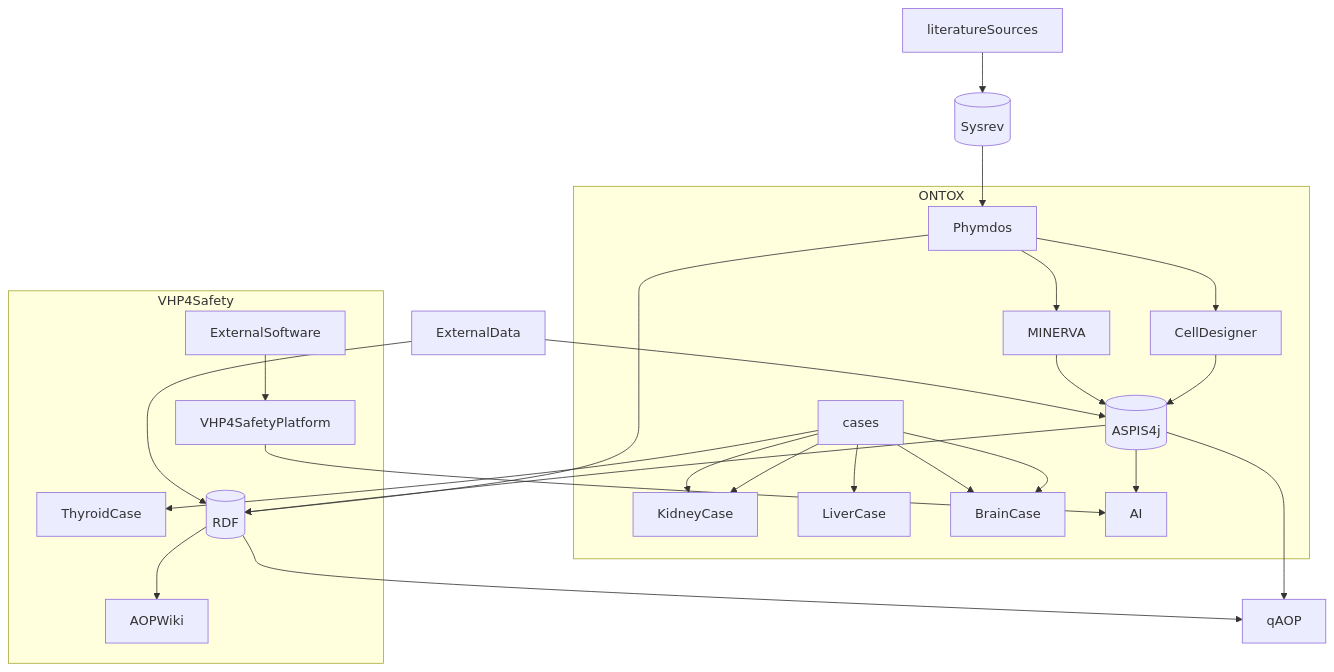
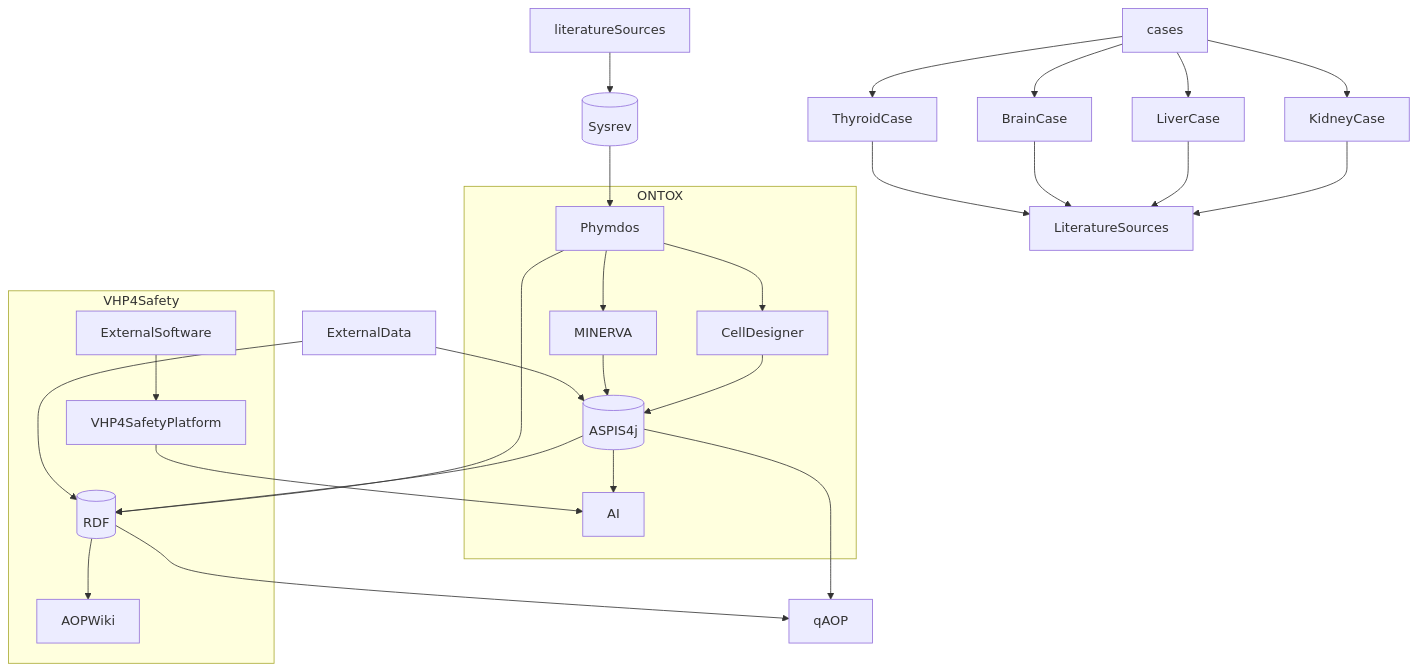
The diagram in ONTOX-vs-VHP4Safety.md (ontox-hu/workflows), drawn with Mermaid before and after one commit.

````diff
--- a/ONTOX-vs-VHP4Safety.md
+++ b/ONTOX-vs-VHP4Safety.md
@@ -1,40 +1,42 @@
 ```mermaid
 flowchart TB
 
-    
+    cases-->KidneyCase
+    cases-->LiverCase
+    cases-->BrainCase
+    cases-->ThyroidCase
+     
+    KidneyCase-->LiteratureSources
+    LiverCase-->LiteratureSources
+    BrainCase-->LiteratureSources
+    ThyroidCase-->LiteratureSources
     literatureSources-->Sysrev[(Sysrev)]
     Sysrev[(Sysrev)]-->Phymdos
     
     subgraph ONTOX
-    cases-->KidneyCase
-    cases-->LiverCase
-    cases-->BrainCase
     Phymdos-->MINERVA
     Phymdos-->CellDesigner
     
     CellDesigner-->ASPIS4j[(ASPIS4j)]
     MINERVA-->ASPIS4j[(ASPIS4j)]
     ASPIS4j[(ASPIS4j)]-->AI
     
     end
     
     subgraph VHP4Safety
-    cases-->KidneyCase
-    cases-->ThyroidCase
-    cases-->BrainCase
     Phymdos-->RDF[(RDF)]
     RDF[(RDF)]-->AOPWiki
     
     ExternalSoftware-->VHP4SafetyPlatform
     VHP4SafetyPlatform-->AI
     end
     
     ExternalData-->ASPIS4j[(ASPIS4j)]
     RDF[(RDF)]-->qAOP
     ASPIS4j[(ASPIS4j)]-->qAOP
     ASPIS4j[(ASPIS4j)]-->RDF[(RDF)]
     ExternalData-->RDF[(RDF)]
     
     
     
 ```
````
